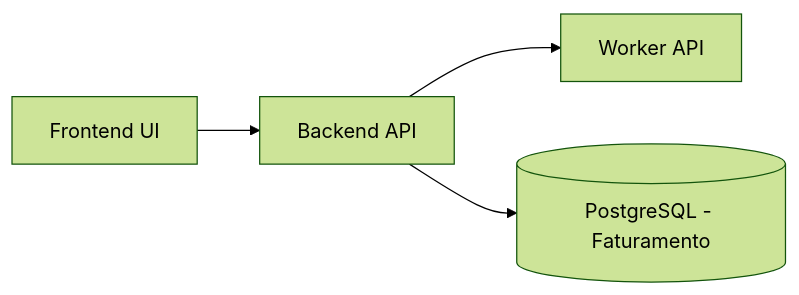
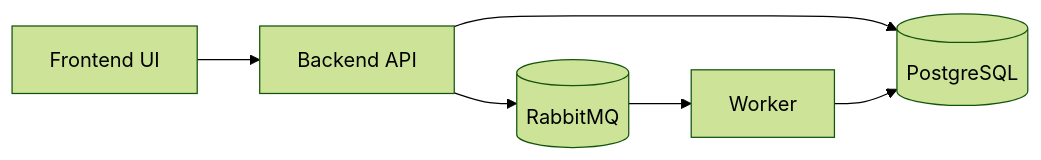
Before and after one commit to mkettermann/AntiFraude-Engine: the diagram in docs/diagrams/diagram-comunication.md, drawn with Mermaid (forest theme). The commit also changed 3 other files, not shown here.

Commit message:
feat: atualiza documentação do README e diagrama de comunicação, adiciona configuração de CORS para desenvolvimento Angular

````diff
--- a/docs/diagrams/diagram-comunication.md
+++ b/docs/diagrams/diagram-comunication.md
@@ -3,6 +3,8 @@
 ```mermaid
 flowchart LR
     UI[Frontend UI] --> API[Backend API]
-    API --> WOR[Worker API]
-    API --> PGF[(PostgreSQL - Faturamento)]
+    API --> RMQ[(RabbitMQ)]
+    API --> PG[(PostgreSQL)]
+    RMQ --> WOR[Worker]
+    WOR --> PG
 ```
````
